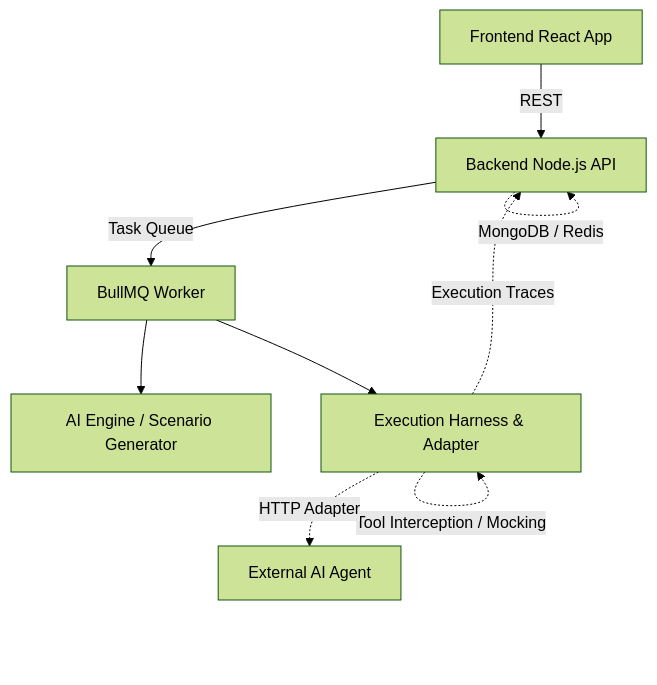
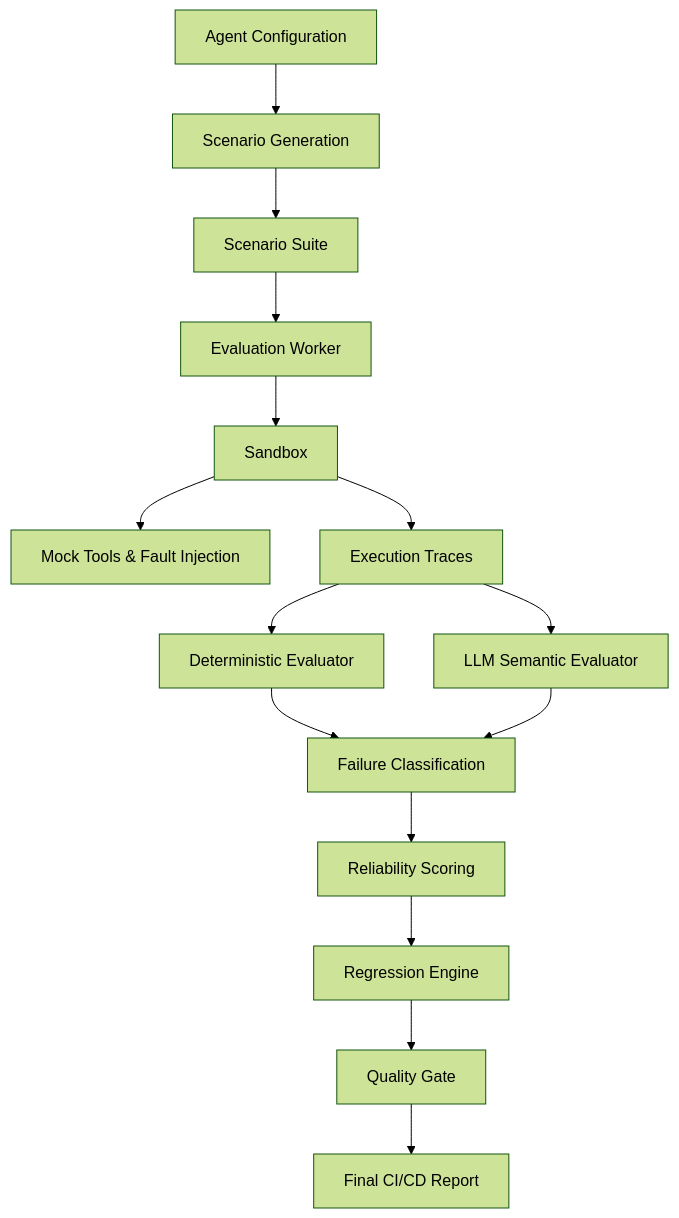
The diagram in README.md (sumitag9462/AgentGuard), drawn with Mermaid (forest theme) before and after one commit. The commit also changed other lines of this file and 153 other files, not shown here.

Commit message:
refactor: restructure ai-engine modules and backend data models while updating frontend landing page and components

````diff
--- a/README.md
+++ b/README.md
@@ -24,11 +109,21 @@
 ```mermaid
-graph TD
-    A[Frontend React App] -->|REST| B[Backend Node.js API]
-    B -->|Task Queue| C[BullMQ Worker]
-    C --> D[AI Engine / Scenario Generator]
-    C --> E[Execution Harness & Adapter]
-    E -.->|Tool Interception / Mocking| E
-    E -.->|HTTP Adapter| F[External AI Agent]
-    E -.->|Execution Traces| B
-    B -.->|MongoDB / Redis| B
+flowchart TD
+    A[Agent Configuration] --> B[Scenario Generation]
+    B --> C[Scenario Suite]
+    C --> D[Evaluation Worker]
+
+    D --> E[Sandbox]
+    E --> F[Mock Tools & Fault Injection]
+    E --> G[Execution Traces]
+
+    G --> H[Deterministic Evaluator]
+    G --> I[LLM Semantic Evaluator]
+
+    H --> J[Failure Classification]
+    I --> J
+
+    J --> K[Reliability Scoring]
+    K --> L[Regression Engine]
+    L --> M[Quality Gate]
+    M --> N[Final CI/CD Report]
 ```
````
